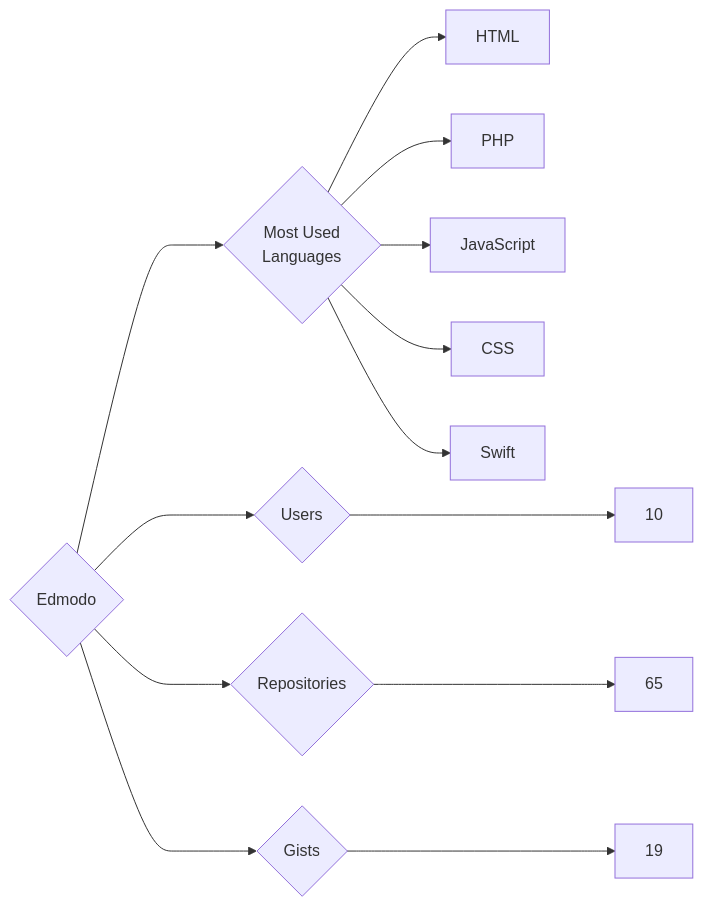
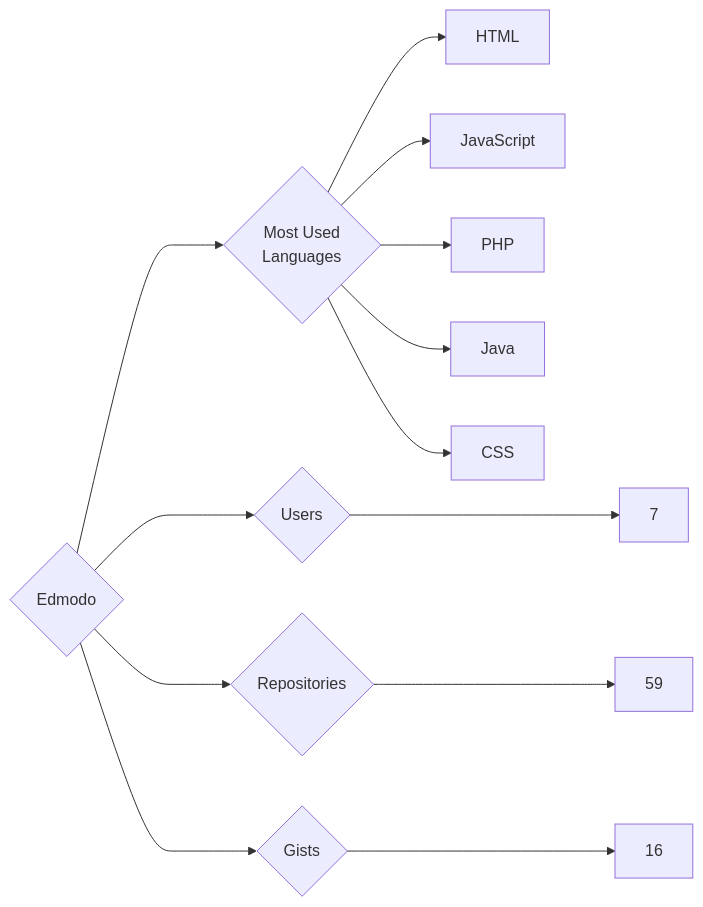
Before and after one commit to trickest/insiders: the diagram in targets/Edmodo/README.md, drawn with Mermaid. The commit also changed 860 other files, not shown here.

````diff
--- a/targets/Edmodo/README.md
+++ b/targets/Edmodo/README.md
@@ -3,13 +3,13 @@
 ```mermaid
 graph LR
 COMPANY_NAME{Edmodo}
-COMPANY_NAME ---> U{Users} ---> UN[10]
-COMPANY_NAME ---> R{Repositories} ---> RN[65]
-COMPANY_NAME ---> G{Gists} ---> GN[19]
+COMPANY_NAME ---> U{Users} ---> UN[7]
+COMPANY_NAME ---> R{Repositories} ---> RN[59]
+COMPANY_NAME ---> G{Gists} ---> GN[16]
 COMPANY_NAME ---> ML{Most Used<br>Languages}
 ML --> HTML[HTML]
+ML --> JavaScript[JavaScript]
 ML --> PHP[PHP]
-ML --> JavaScript[JavaScript]
+ML --> Java[Java]
 ML --> CSS[CSS]
-ML --> Swift[Swift]
 ```
````
